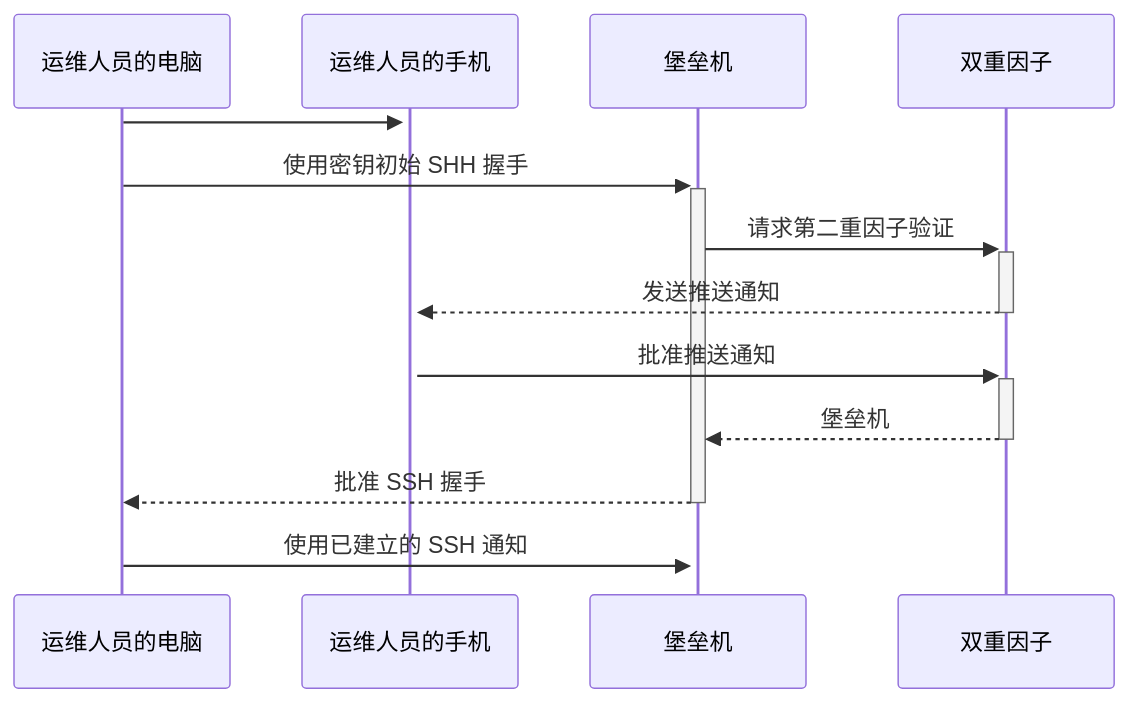
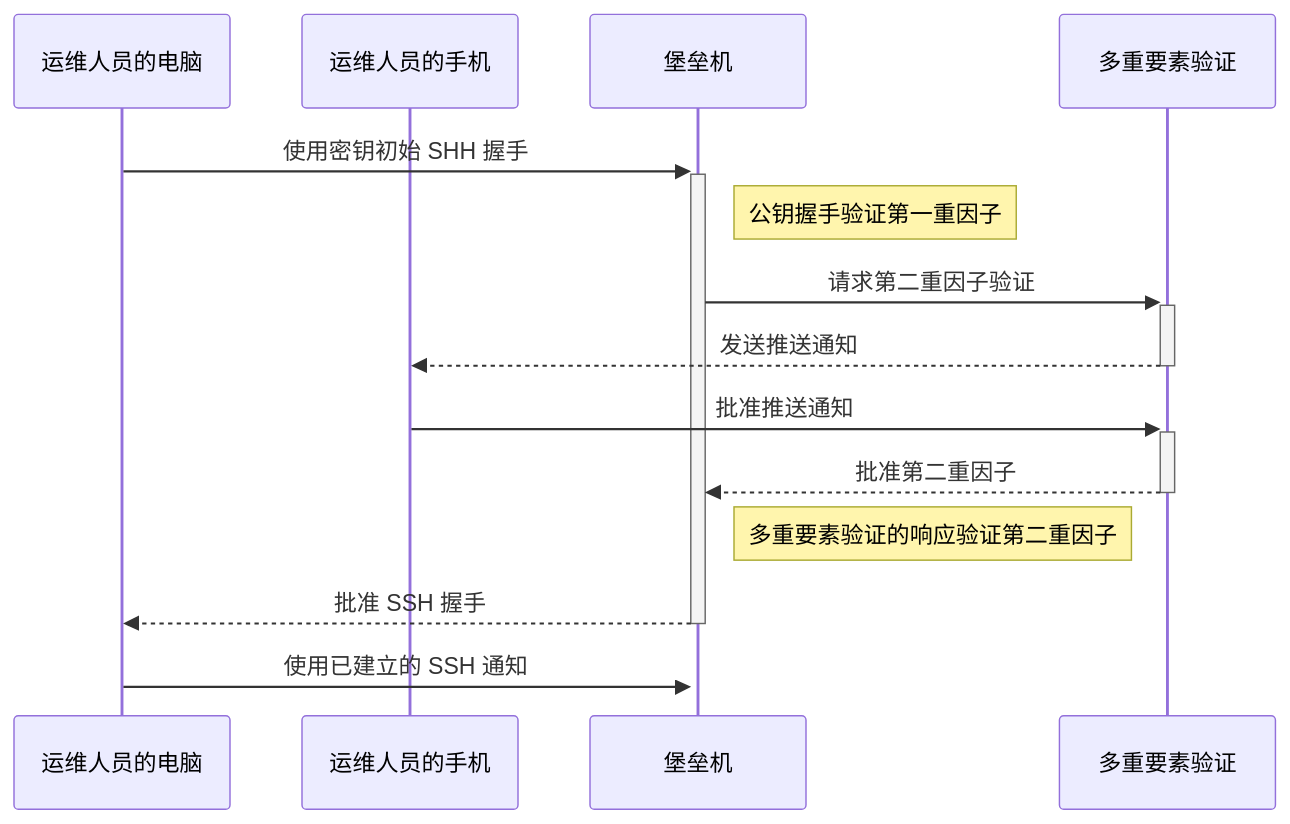
One commit to phodal/ledge changed the diagram in src/assets/docs/practises/devsecops-practise.md. Above: the diagram before and after it, drawn with Mermaid. The commit also changed other lines of this file, not shown here.

Commit message:
docs: fix data issue

````diff
--- a/src/assets/docs/practises/devsecops-practise.md
+++ b/src/assets/docs/practises/devsecops-practise.md
@@ -3,11 +11,17 @@
 ```mermaid
 sequenceDiagram
-    运维人员的电脑->>+运维人员的手机:
+    participant 运维人员的电脑
+    participant 运维人员的手机
+    participant 堡垒机
+    participant 多重要素验证
+
     运维人员的电脑->>+堡垒机: 使用密钥初始 SHH 握手
-    堡垒机->>+双重因子: 请求第二重因子验证
-    双重因子-->>-运维人员的手机: 发送推送通知
-    运维人员的手机->>+双重因子: 批准推送通知
-    双重因子-->>-堡垒机: 堡垒机
+    Note right of 堡垒机: 公钥握手验证第一重因子
+    堡垒机->>+多重要素验证: 请求第二重因子验证
+    多重要素验证-->>-运维人员的手机: 发送推送通知
+    运维人员的手机->>+多重要素验证: 批准推送通知
+    多重要素验证-->>-堡垒机: 批准第二重因子
+    Note right of 堡垒机: 多重要素验证的响应验证第二重因子
     堡垒机-->>-运维人员的电脑: 批准 SSH 握手
     运维人员的电脑->>+堡垒机: 使用已建立的 SSH 通知
 ```
````
